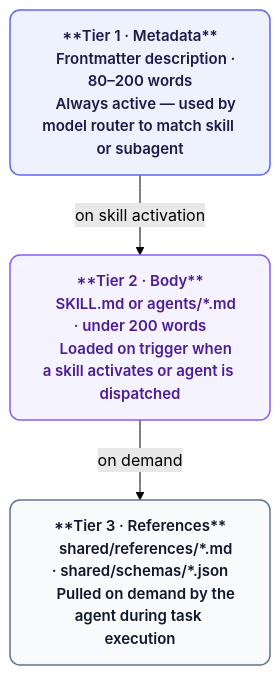
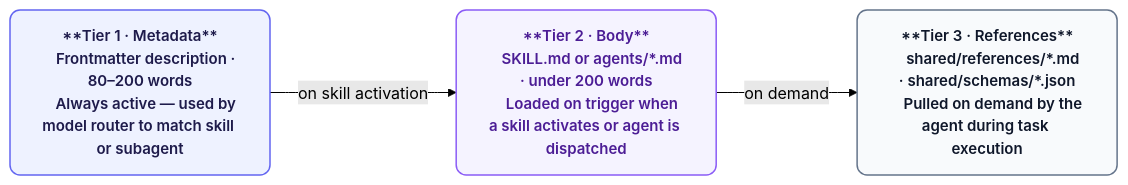
Before and after one commit to orin-dx/agent-plugins: the first of 7 diagrams in ARCHITECTURE.md, drawn with Mermaid (forest theme). The commit also changed other lines of this file and 279 other files, not shown here.

````diff
--- a/ARCHITECTURE.md
+++ b/ARCHITECTURE.md
@@ -11,26 +11,26 @@
 ```mermaid
 %%{init: {'flowchart': {'curve': 'basis', 'nodeSpacing': 40, 'rankSpacing': 56}}}%%
-flowchart TD
+flowchart LR
     classDef source fill:#eef2ff,stroke:#6366f1,stroke-width:1.5px,color:#1e1b4b,rx:10,ry:10,font-size:15px,font-weight:600;
     classDef engine fill:#f5f3ff,stroke:#8b5cf6,stroke-width:1.5px,color:#4c1d95,rx:10,ry:10,font-size:15px,font-weight:600;
     classDef store fill:#f8fafc,stroke:#64748b,stroke-width:1.5px,color:#0f172a,rx:10,ry:10,font-size:15px,font-weight:600;
 
     T1["**Tier 1 · Metadata**
     Frontmatter description · 80–200 words
     Always active — used by model router to match skill or subagent"]
 
     T2["**Tier 2 · Body**
     SKILL.md or agents/*.md · under 200 words
     Loaded on trigger when a skill activates or agent is dispatched"]
 
     T3["**Tier 3 · References**
     shared/references/*.md · shared/schemas/*.json
     Pulled on demand by the agent during task execution"]
 
     T1 -->|on skill activation| T2
     T2 -->|on demand| T3
 
     class T1 source
     class T2 engine
     class T3 store
 ```
````
